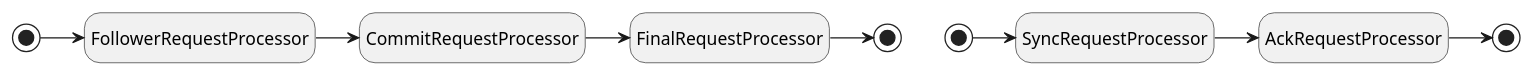
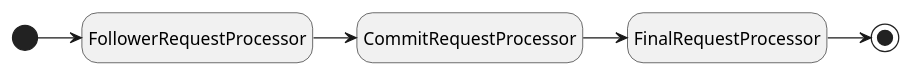
One commit to ivandasch/zk-intro changed the third of 7 diagrams in slides/zk-slides.adoc. Above: the diagram before and after it, drawn with PlantUML. The commit also changed other lines of this file and 10 other files, not shown here.

```diff
--- a/slides/zk-slides.adoc
+++ b/slides/zk-slides.adoc
@@ -61,18 +65,10 @@
-[plantuml, "follower_zab"]
+[plantuml, "follower_zab_1"]
 ----
 @startuml
 hide empty description
-state start1 <<end>>
-state start0 <<end>>
-state end1 <<end>>
-state end0 <<end>>
-
-start1 -right-> FollowerRequestProcessor
+[*] -right-> FollowerRequestProcessor
 FollowerRequestProcessor -right-> CommitRequestProcessor
 CommitRequestProcessor -right-> FinalRequestProcessor
-FinalRequestProcessor -right-> end1
-start0 -right-> SyncRequestProcessor
-SyncRequestProcessor -right-> AckRequestProcessor
-AckRequestProcessor -right-> end0
+FinalRequestProcessor -right-> [*]
 @enduml
 ----
```
